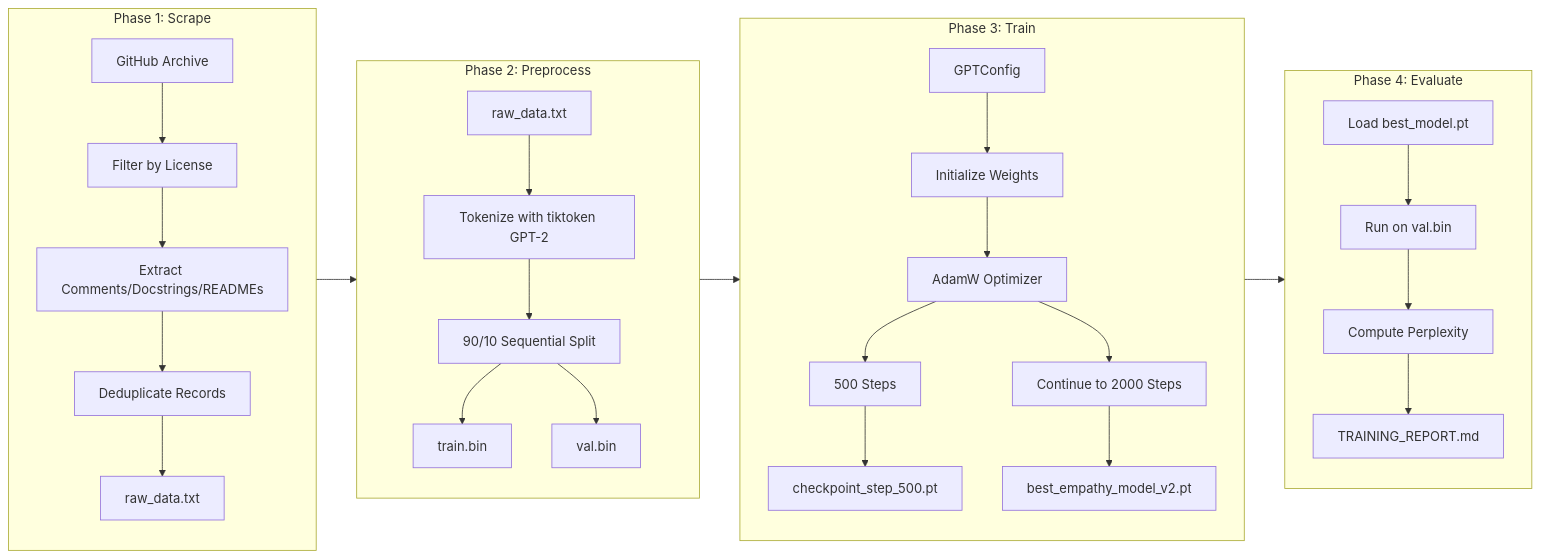
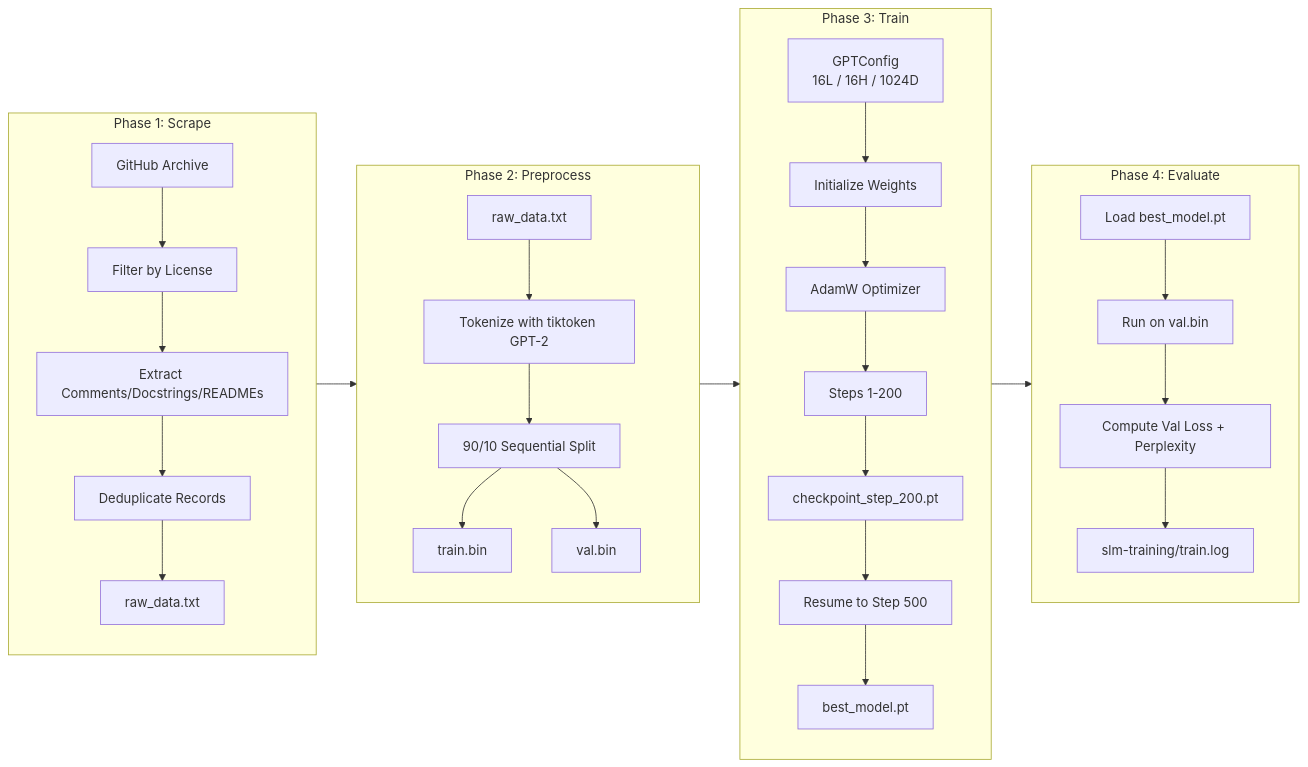
Before and after one commit to bharqav/SLM: the fourth of 14 diagrams in README.md, drawn with Mermaid. The commit also changed other lines of this file and 24 other files, not shown here.

````diff
--- a/README.md
+++ b/README.md
@@ -400,35 +405,35 @@
 ```mermaid
 flowchart LR
     subgraph Scrape[Phase 1: Scrape]
         S1[GitHub Archive] --> S2[Filter by License]
         S2 --> S3[Extract Comments/Docstrings/READMEs]
         S3 --> S4[Deduplicate Records]
         S4 --> S5[raw_data.txt]
     end
 
     subgraph Preprocess[Phase 2: Preprocess]
         P1[raw_data.txt] --> P2[Tokenize with tiktoken GPT-2]
         P2 --> P3[90/10 Sequential Split]
         P3 --> P4[train.bin]
         P3 --> P5[val.bin]
     end
 
     subgraph Train[Phase 3: Train]
-        T1[GPTConfig] --> T2[Initialize Weights]
+        T1["GPTConfig<br/>16L / 16H / 1024D"] --> T2[Initialize Weights]
         T2 --> T3[AdamW Optimizer]
-        T3 --> T4[500 Steps]
-        T4 --> T5[checkpoint_step_500.pt]
-        T3 --> T6[Continue to 2000 Steps]
-        T6 --> T7[best_empathy_model_v2.pt]
+        T3 --> T4[Steps 1-200]
+        T4 --> T5[checkpoint_step_200.pt]
+        T5 --> T6[Resume to Step 500]
+        T6 --> T7[best_model.pt]
     end
 
     subgraph Evaluate[Phase 4: Evaluate]
         E1[Load best_model.pt] --> E2[Run on val.bin]
-        E2 --> E3[Compute Perplexity]
-        E3 --> E4[TRAINING_REPORT.md]
+        E2 --> E3[Compute Val Loss + Perplexity]
+        E3 --> E4[slm-training/train.log]
     end
 
     Scrape --> Preprocess
     Preprocess --> Train
     Train --> Evaluate
 ```
````
